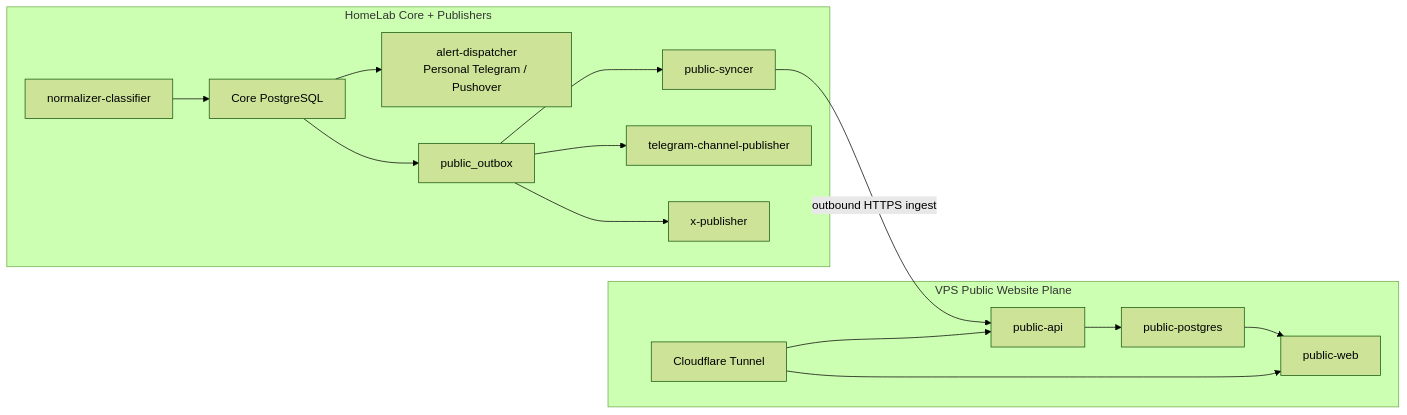
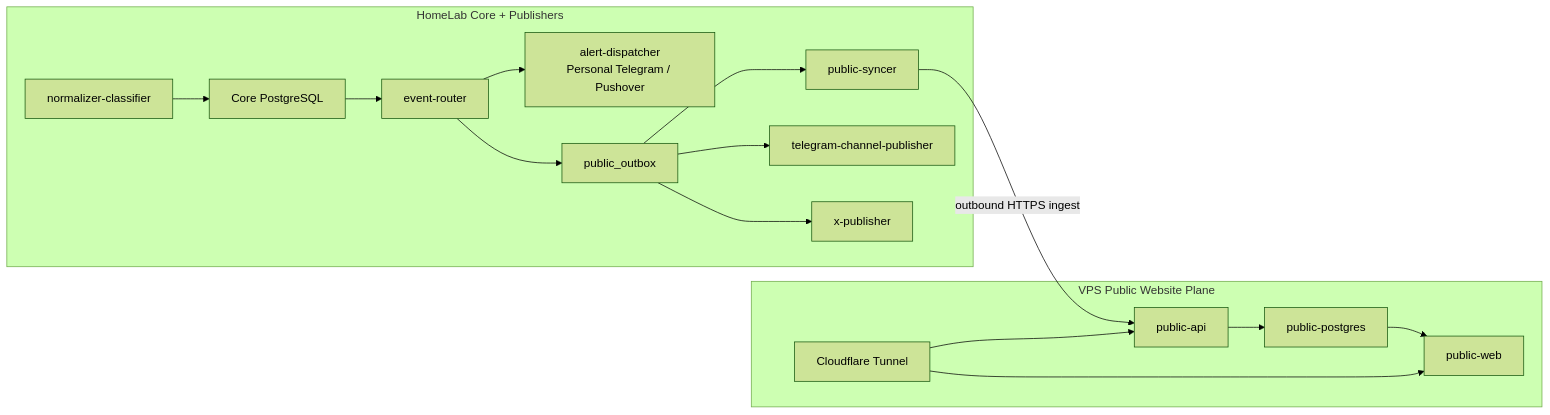
Before and after one commit to mrsuner/xauusd-trading-monitor: the diagram in docs/deployment.md, drawn with Mermaid (forest theme). The commit also changed other lines of this file and 12 other files, not shown here.

Commit message:
Document event router architecture

````diff
--- a/docs/deployment.md
+++ b/docs/deployment.md
@@ -442,31 +448,33 @@
 ```mermaid
 flowchart LR
   subgraph HomeLab["HomeLab Core + Publishers"]
     DB["Core PostgreSQL"]
     N["normalizer-classifier"]
+    R["event-router"]
     A["alert-dispatcher<br/>Personal Telegram / Pushover"]
     O["public_outbox"]
     S["public-syncer"]
     TG["telegram-channel-publisher"]
     X["x-publisher"]
   end
 
   subgraph VPS["VPS Public Website Plane"]
     API["public-api"]
     PDB["public-postgres"]
     WEB["public-web"]
     CF["Cloudflare Tunnel"]
   end
 
   N --> DB
-  DB --> A
-  DB --> O
+  DB --> R
+  R --> A
+  R --> O
   O --> S
   O --> TG
   O --> X
   S -->|"outbound HTTPS ingest"| API
   API --> PDB
   PDB --> WEB
   CF --> API
   CF --> WEB
 ```
````
